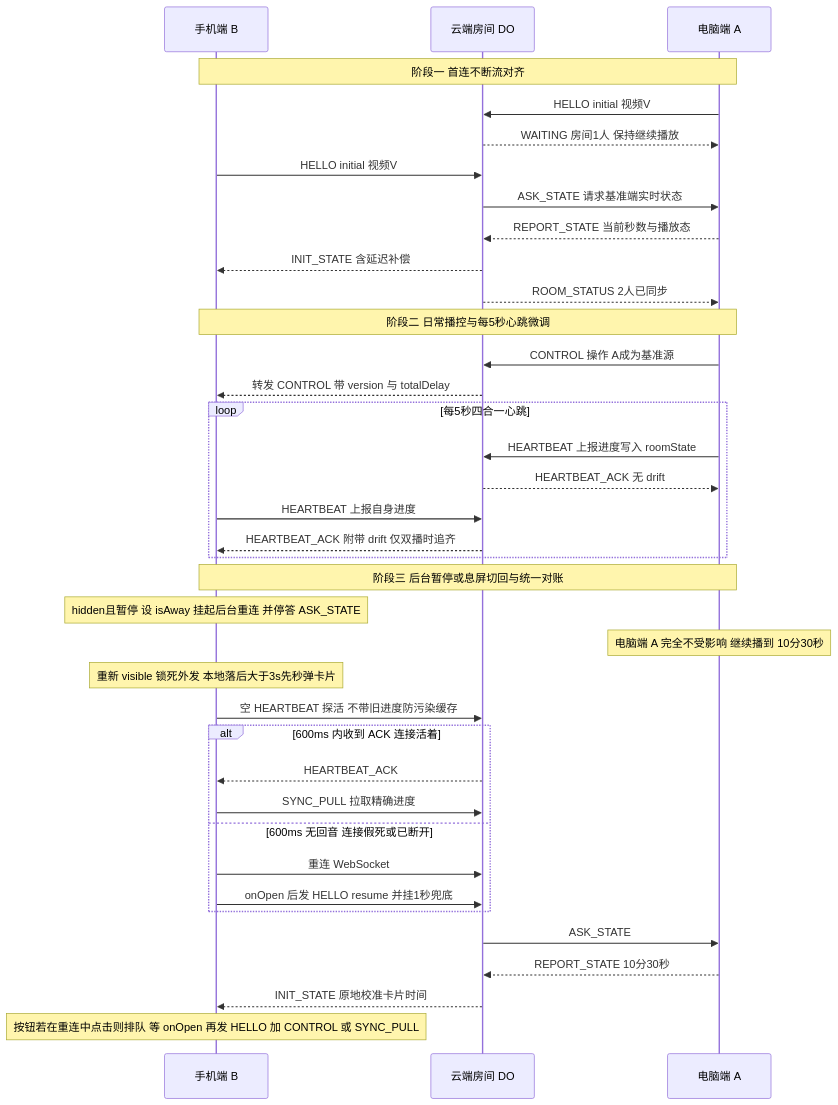
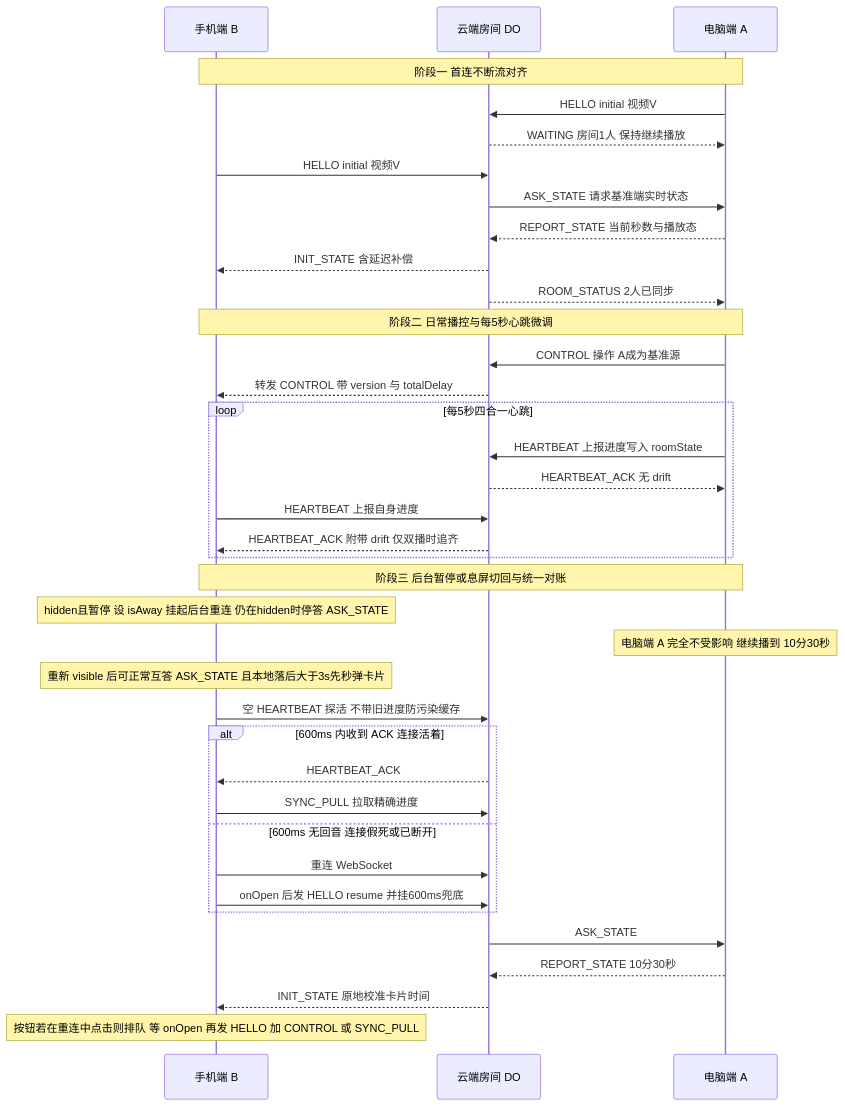
Before and after one commit to yangzhonming/yt-sync: the second of 2 diagrams in README.md, drawn with Mermaid. The commit also changed other lines of this file and 3 other files, not shown here.

````diff
--- a/README.md
+++ b/README.md
@@ -106,42 +108,42 @@
 ```mermaid
 sequenceDiagram
     participant B as 手机端 B
     participant S as 云端房间 DO
     participant A as 电脑端 A
 
     Note over B,A: 阶段一 首连不断流对齐
     A->>S: HELLO initial 视频V
     S-->>A: WAITING 房间1人 保持继续播放
     B->>S: HELLO initial 视频V
     S->>A: ASK_STATE 请求基准端实时状态
     A-->>S: REPORT_STATE 当前秒数与播放态
     S-->>B: INIT_STATE 含延迟补偿
     S-->>A: ROOM_STATUS 2人已同步
 
     Note over B,A: 阶段二 日常播控与每5秒心跳微调
     A->>S: CONTROL 操作 A成为基准源
     S-->>B: 转发 CONTROL 带 version 与 totalDelay
     loop 每5秒四合一心跳
         A->>S: HEARTBEAT 上报进度写入 roomState
         S-->>A: HEARTBEAT_ACK 无 drift
         B->>S: HEARTBEAT 上报自身进度
         S-->>B: HEARTBEAT_ACK 附带 drift 仅双播时追齐
     end
 
     Note over B,A: 阶段三 后台暂停或息屏切回与统一对账
-    Note over B: hidden且暂停 设 isAway 挂起后台重连 并停答 ASK_STATE
+    Note over B: hidden且暂停 设 isAway 挂起后台重连 仍在hidden时停答 ASK_STATE
     Note over A: 电脑端 A 完全不受影响 继续播到 10分30秒
-    Note over B: 重新 visible 锁死外发 本地落后大于3s先秒弹卡片
+    Note over B: 重新 visible 后可正常互答 ASK_STATE 且本地落后大于3s先秒弹卡片
     B->>S: 空 HEARTBEAT 探活 不带旧进度防污染缓存
     alt 600ms 内收到 ACK 连接活着
         S-->>B: HEARTBEAT_ACK
         B->>S: SYNC_PULL 拉取精确进度
     else 600ms 无回音 连接假死或已断开
         B->>S: 重连 WebSocket
-        B->>S: onOpen 后发 HELLO resume 并挂1秒兜底
+        B->>S: onOpen 后发 HELLO resume 并挂600ms兜底
     end
     S->>A: ASK_STATE
     A-->>S: REPORT_STATE 10分30秒
     S-->>B: INIT_STATE 原地校准卡片时间
     Note over B: 按钮若在重连中点击则排队 等 onOpen 再发 HELLO 加 CONTROL 或 SYNC_PULL
 ```
````
